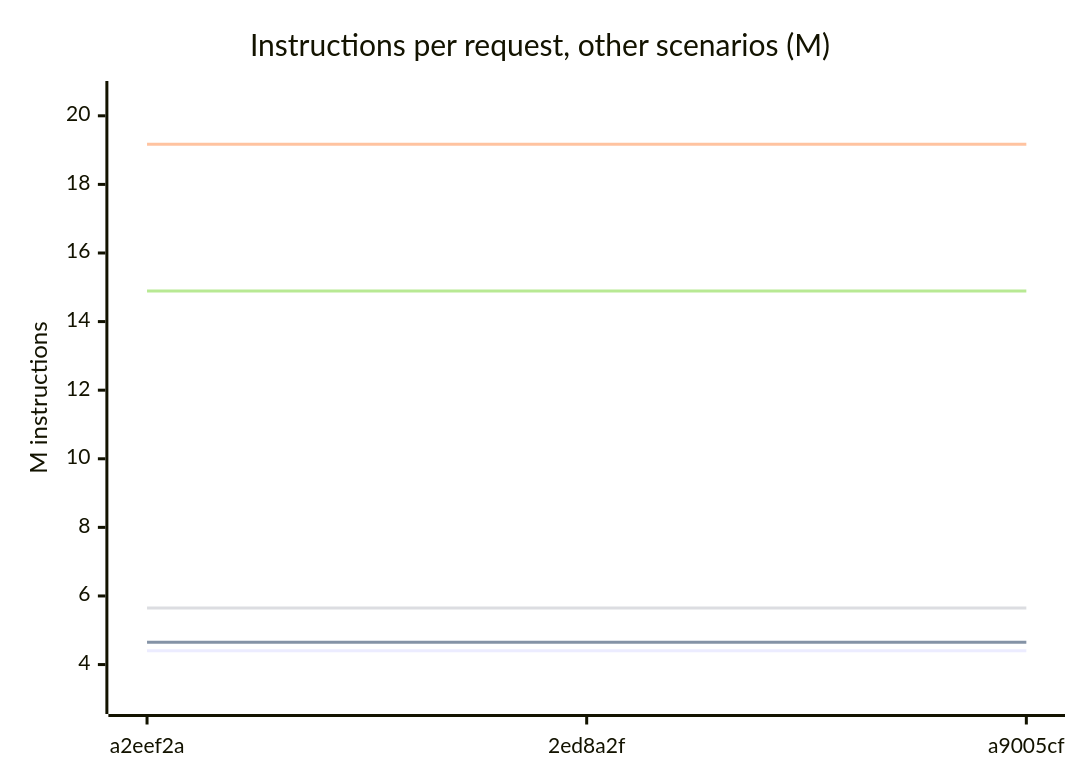
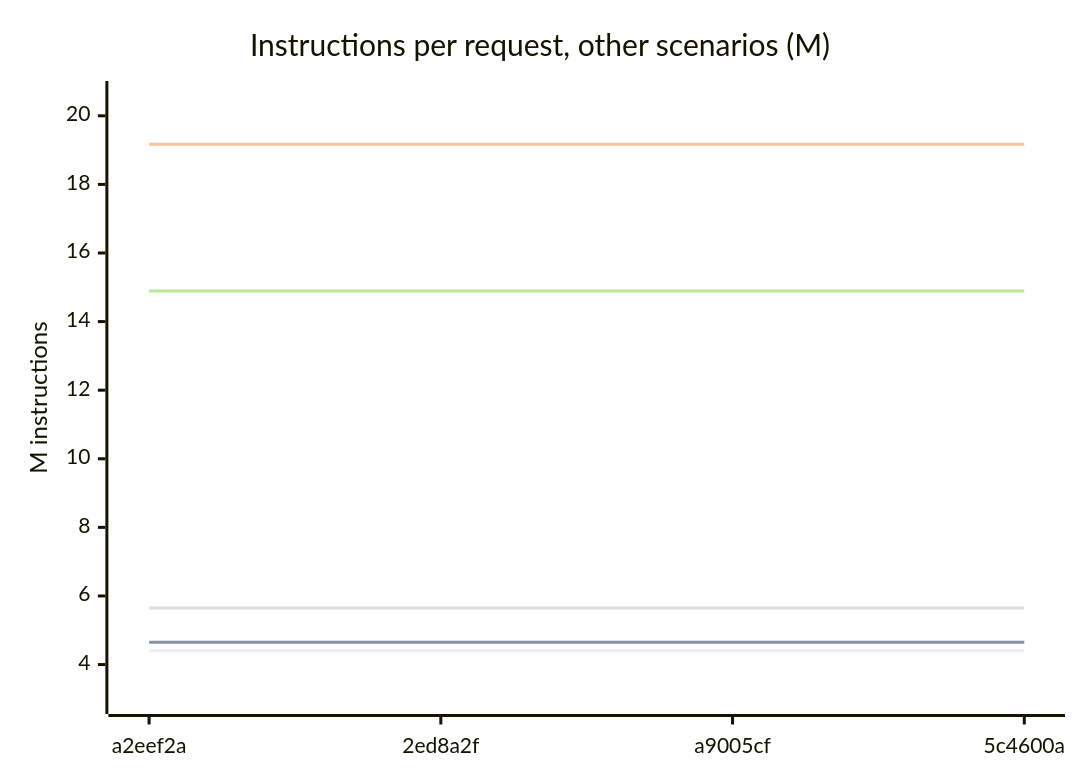
One commit to Karakatiza666/roc-cloudflare-workers changed the third of 7 diagrams in CHART.md. Above: the diagram before and after it, drawn with Mermaid. The commit also changed other lines of this file and 2 other files, not shown here.

````diff
--- a/CHART.md
+++ b/CHART.md
@@ -37,11 +37,11 @@
 ```mermaid
 xychart-beta
     title "Instructions per request, other scenarios (M)"
-    x-axis ["a2eef2a", "2ed8a2f", "a9005cf"]
+    x-axis ["a2eef2a", "2ed8a2f", "a9005cf", "5c4600a"]
     y-axis "M instructions" 2.9302 --> 20.643
-    line [4.4062, 4.4062, 4.4062]
-    line [4.6469, 4.6469, 4.6469]
-    line [19.167, 19.167, 19.167]
-    line [5.6463, 5.6463, 5.6463]
-    line [14.894, 14.894, 14.894]
+    line [4.4062, 4.4062, 4.4062, 4.4062]
+    line [4.6469, 4.6469, 4.6469, 4.6469]
+    line [19.167, 19.167, 19.167, 19.167]
+    line [5.6463, 5.6463, 5.6463, 5.6463]
+    line [14.894, 14.894, 14.894, 14.894]
 ```
````
